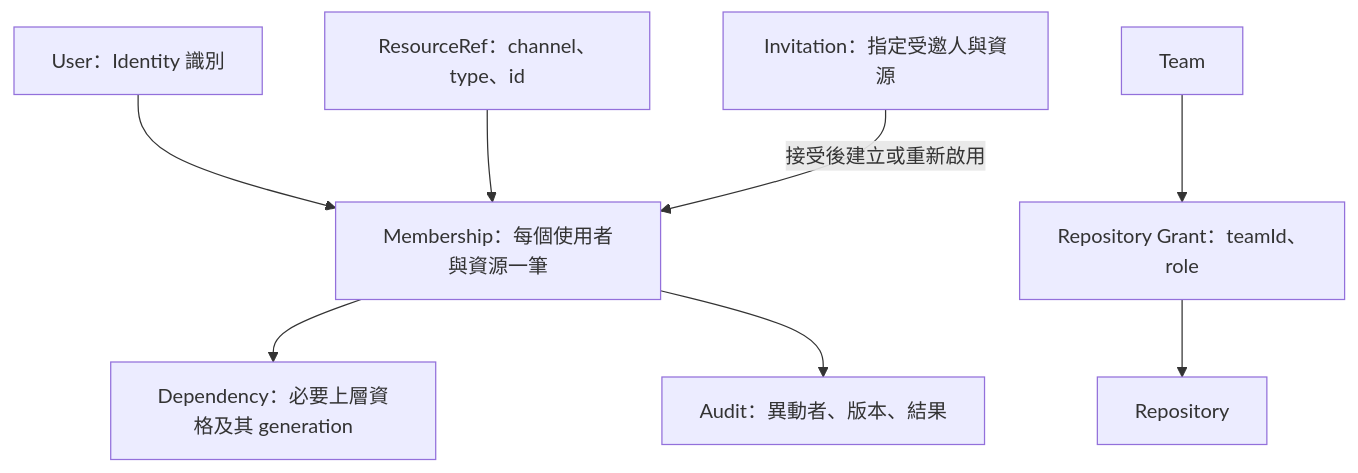
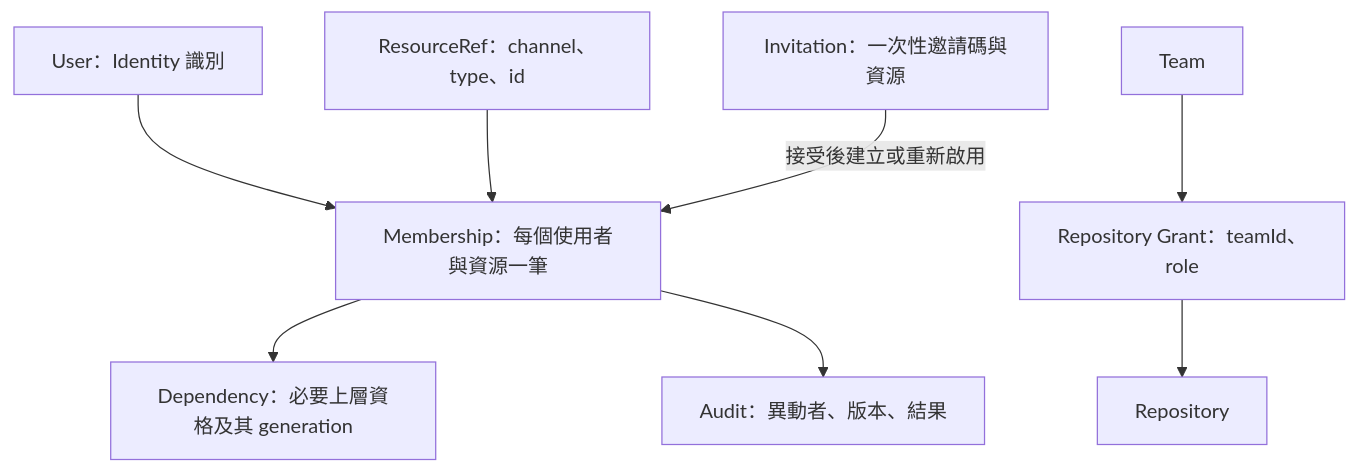
One commit to 963sup/line-mini-app-bot changed the second of 3 diagrams in docs/proposals/membership.md. Above: the diagram before and after it, drawn with Mermaid. The commit also changed other lines of this file and 26 other files, not shown here.

````diff
--- a/docs/proposals/membership.md
+++ b/docs/proposals/membership.md
@@ -61,10 +61,10 @@
 ```mermaid
 flowchart TB
     U["User：Identity 識別"] --> M["Membership：每個使用者與資源一筆"]
     R["ResourceRef：channel、type、id"] --> M
-    V["Invitation：指定受邀人與資源"] -->|接受後建立或重新啟用| M
+    V["Invitation：一次性邀請碼與資源"] -->|接受後建立或重新啟用| M
     M --> D["Dependency：必要上層資格及其 generation"]
     M --> A["Audit：異動者、版本、結果"]
     T["Team"] --> G["Repository Grant：teamId、role"]
     G --> RR["Repository"]
 ```
````
